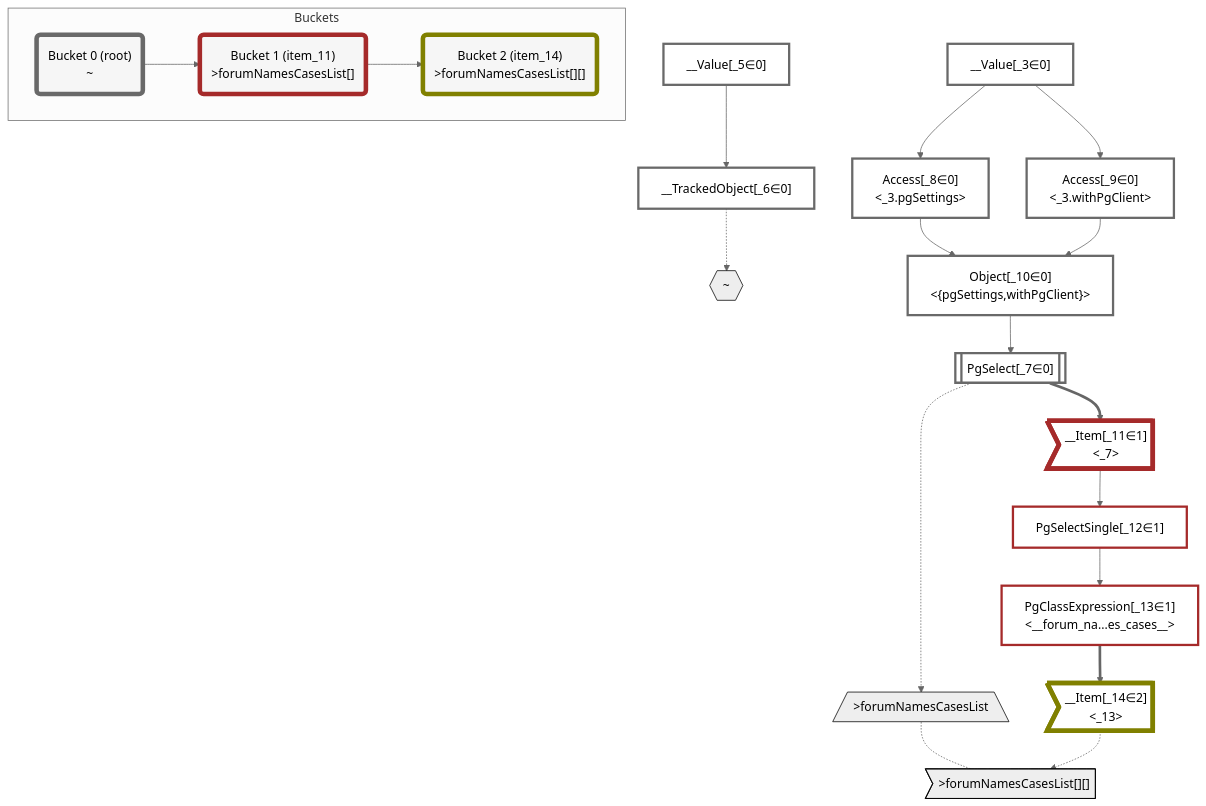
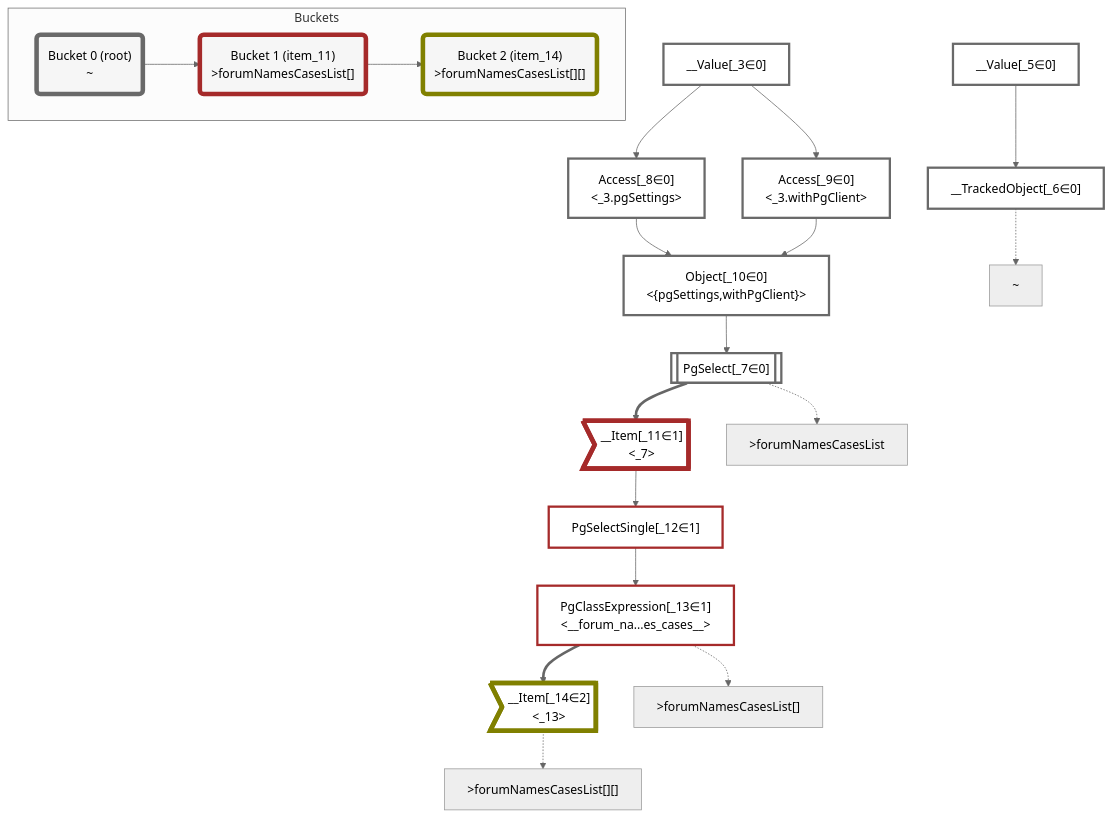
One commit to graphile/crystal changed the diagram in packages/dataplan-pg/__tests__/queries/functions/custom-query-forum-names-cases.deopt.mermaid.md. Above: the diagram before and after it, drawn with Mermaid (neutral theme). The commit also changed 195 other files, not shown here.

````diff
--- a/packages/dataplan-pg/__tests__/queries/functions/custom-query-forum-names-cases.deopt.mermaid.md
+++ b/packages/dataplan-pg/__tests__/queries/functions/custom-query-forum-names-cases.deopt.mermaid.md
@@ -1,65 +1,63 @@
 ```mermaid
 graph TD
     classDef path fill:#eee,stroke:#000,color:#000
     classDef plan fill:#fff,stroke-width:3px,color:#000
     classDef itemplan fill:#fff,stroke-width:6px,color:#000
     classDef sideeffectplan fill:#f00,stroke-width:6px,color:#000
     classDef bucket fill:#f6f6f6,color:#000,stroke-width:6px
 
-    %% subgraph fields
-    P1{{"~"}}:::path
-    P2[/">forumNamesCasesList"\]:::path
-    P3>">forumNamesCasesList[][]"]:::path
-    P2 -.- P3
-    %% P1 -.-> P2
-    %% end
 
     %% define plans
     __Value_3["__Value[_3∈0]<br /><context>"]:::plan
     __Value_5["__Value[_5∈0]<br /><rootValue>"]:::plan
     __TrackedObject_6["__TrackedObject[_6∈0]"]:::plan
     PgSelect_7[["PgSelect[_7∈0]<br /><forum_names_cases>"]]:::plan
     Access_8["Access[_8∈0]<br /><_3.pgSettings>"]:::plan
     Access_9["Access[_9∈0]<br /><_3.withPgClient>"]:::plan
     Object_10["Object[_10∈0]<br /><{pgSettings,withPgClient}>"]:::plan
     __Item_11>"__Item[_11∈1]<br /><_7>"]:::itemplan
     PgSelectSingle_12["PgSelectSingle[_12∈1]<br /><forum_names_cases>"]:::plan
     PgClassExpression_13["PgClassExpression[_13∈1]<br /><__forum_na...es_cases__>"]:::plan
     __Item_14>"__Item[_14∈2]<br /><_13>"]:::itemplan
 
     %% plan dependencies
     __Value_5 --> __TrackedObject_6
     Object_10 --> PgSelect_7
     __Value_3 --> Access_8
     __Value_3 --> Access_9
     Access_8 --> Object_10
     Access_9 --> Object_10
     PgSelect_7 ==> __Item_11
     __Item_11 --> PgSelectSingle_12
     PgSelectSingle_12 --> PgClassExpression_13
     PgClassExpression_13 ==> __Item_14
 
     %% plan-to-path relationships
+    P1["~"]
     __TrackedObject_6 -.-> P1
+    P2[">forumNamesCasesList"]
     PgSelect_7 -.-> P2
-    __Item_14 -.-> P3
+    P3[">forumNamesCasesList[]"]
+    PgClassExpression_13 -.-> P3
+    P4[">forumNamesCasesList[][]"]
+    __Item_14 -.-> P4
 
     %% allocate buckets
     classDef bucket0 stroke:#696969
     class __Value_3,__Value_5,__TrackedObject_6,PgSelect_7,Access_8,Access_9,Object_10 bucket0
     classDef bucket1 stroke:#a52a2a
     class __Item_11,PgSelectSingle_12,PgClassExpression_13 bucket1
     classDef bucket2 stroke:#808000
     class __Item_14 bucket2
 
     subgraph Buckets
     Bucket0("Bucket 0 (root)<br />~"):::bucket
     style Bucket0 stroke:#696969
     Bucket1("Bucket 1 (item_11)<br />>forumNamesCasesList[]"):::bucket
     style Bucket1 stroke:#a52a2a
     Bucket0 --> Bucket1
     Bucket2("Bucket 2 (item_14)<br />>forumNamesCasesList[][]"):::bucket
     style Bucket2 stroke:#808000
     Bucket1 --> Bucket2
     end
 ```
````
